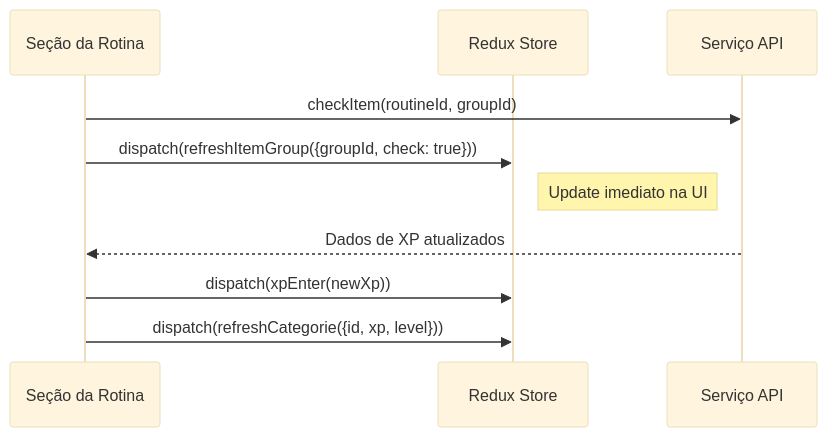
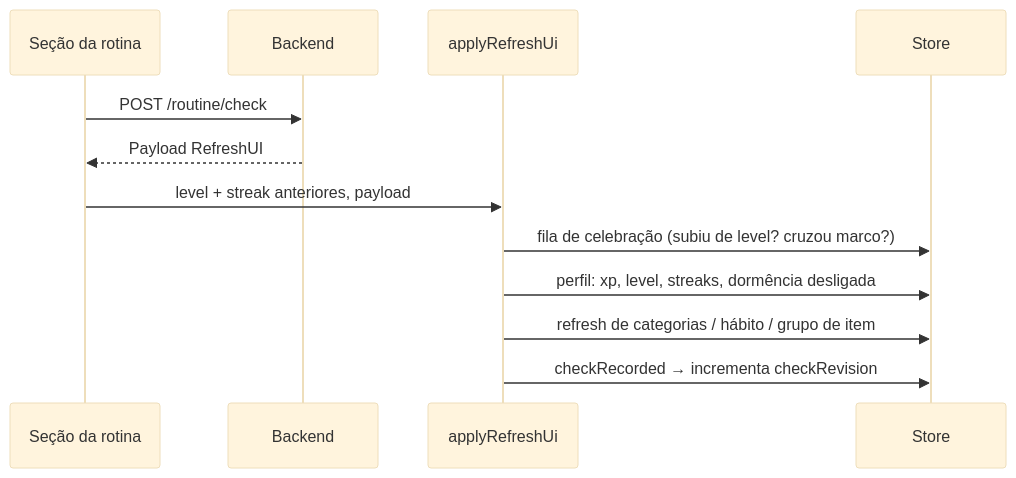
The second of 2 diagrams in architecture/redux-data/pt.md (AndDev741/Beyou-arch-design), drawn with Mermaid (base theme) before and after one commit. The commit also changed other lines of this file and 7 other files, not shown here.

First line of the commit message:
docs(architecture): ui-components and redux-data enter the monorepo era

````diff
--- a/architecture/redux-data/pt.md
+++ b/architecture/redux-data/pt.md
@@ -198,13 +64,15 @@
 ```mermaid
 sequenceDiagram
-  participant UI as Seção da Rotina
-  participant RDX as Redux Store
-  participant API as Serviço API
+  participant UI as Seção da rotina
+  participant BE as Backend
+  participant AP as applyRefreshUi
+  participant ST as Store
 
-  UI->>API: checkItem(routineId, groupId)
-  UI->>RDX: dispatch(refreshItemGroup({groupId, check: true}))
-  Note right of RDX: Update imediato na UI
-  API-->>UI: Dados de XP atualizados
-  UI->>RDX: dispatch(xpEnter(newXp))
-  UI->>RDX: dispatch(refreshCategorie({id, xp, level}))
+  UI->>BE: POST /routine/check
+  BE-->>UI: Payload RefreshUI
+  UI->>AP: level + streak anteriores, payload
+  AP->>ST: fila de celebração (subiu de level? cruzou marco?)
+  AP->>ST: perfil: xp, level, streaks, dormência desligada
+  AP->>ST: refresh de categorias / hábito / grupo de item
+  AP->>ST: checkRecorded → incrementa checkRevision
 ```
````
